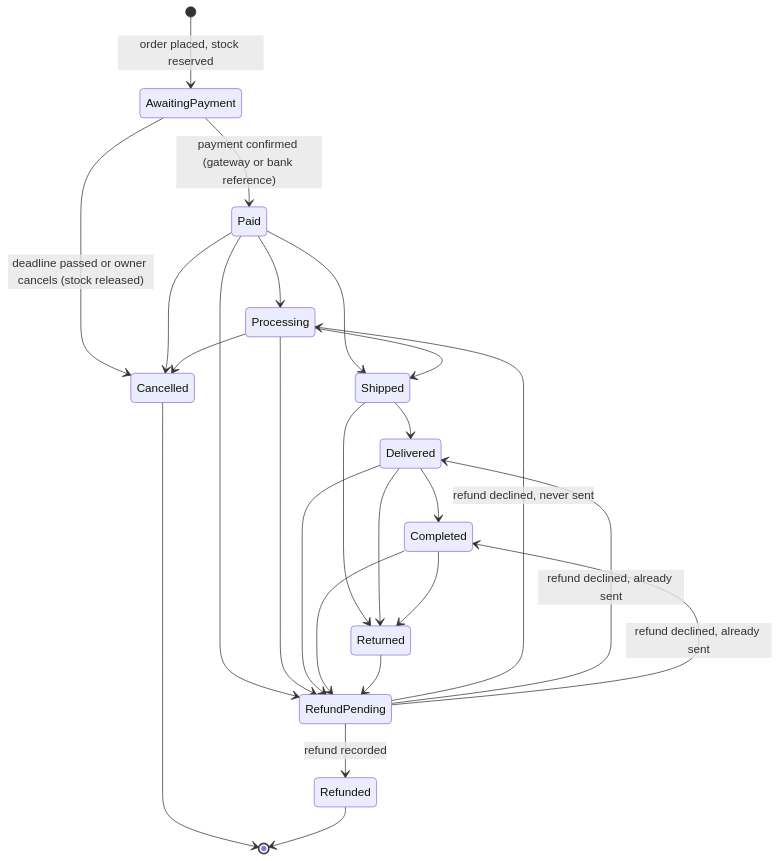
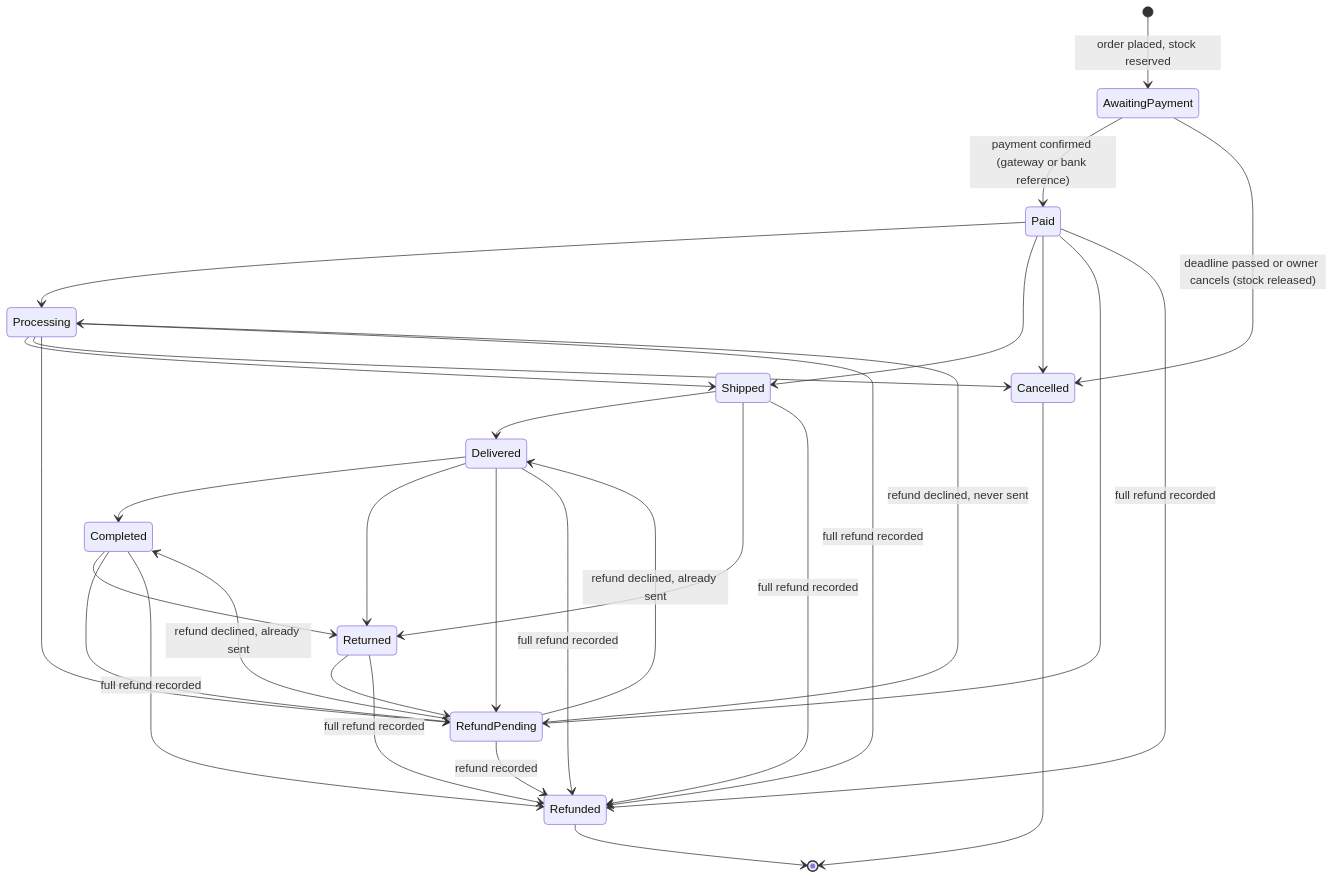
The second of 3 diagrams in docs/HOW_THE_SHOP_WORKS.md (Simonkhariz/eCommerce), drawn with Mermaid before and after one commit. The commit also changed other lines of this file and 5 other files, not shown here.

````diff
--- a/docs/HOW_THE_SHOP_WORKS.md
+++ b/docs/HOW_THE_SHOP_WORKS.md
@@ -485,27 +526,33 @@
 ```mermaid
 stateDiagram-v2
     [*] --> AwaitingPayment: order placed, stock reserved
     AwaitingPayment --> Paid: payment confirmed (gateway or bank reference)
     AwaitingPayment --> Cancelled: deadline passed or owner cancels (stock released)
     Paid --> Processing
     Paid --> Shipped
     Processing --> Shipped
     Paid --> Cancelled
     Processing --> Cancelled
     Paid --> RefundPending
     Processing --> RefundPending
     Shipped --> Delivered
     Shipped --> Returned
     Delivered --> Completed
     Delivered --> Returned
     Delivered --> RefundPending
     Completed --> Returned
     Completed --> RefundPending
     Returned --> RefundPending
     RefundPending --> Processing: refund declined, never sent
     RefundPending --> Delivered: refund declined, already sent
     RefundPending --> Completed: refund declined, already sent
     RefundPending --> Refunded: refund recorded
+    Paid --> Refunded: full refund recorded
+    Processing --> Refunded: full refund recorded
+    Shipped --> Refunded: full refund recorded
+    Delivered --> Refunded: full refund recorded
+    Completed --> Refunded: full refund recorded
+    Returned --> Refunded: full refund recorded
     Cancelled --> [*]
     Refunded --> [*]
 ```
````
